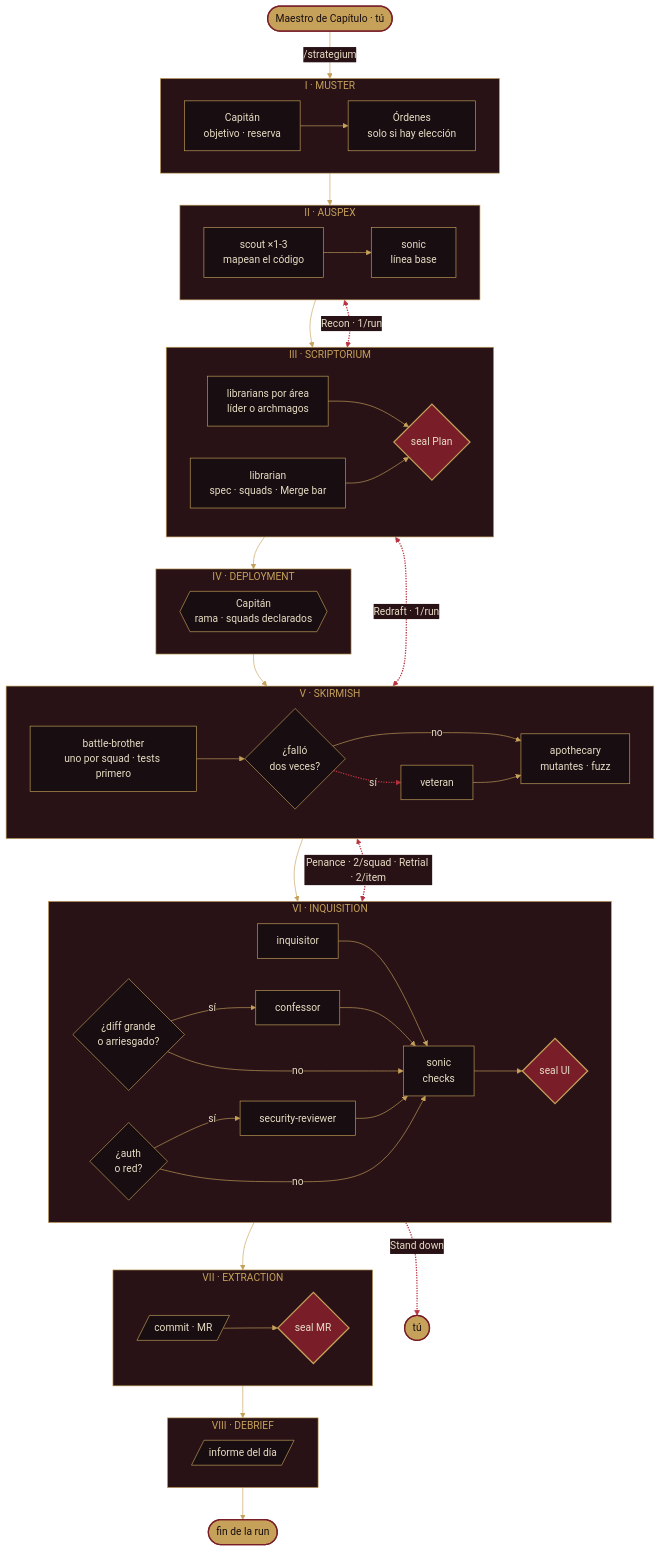
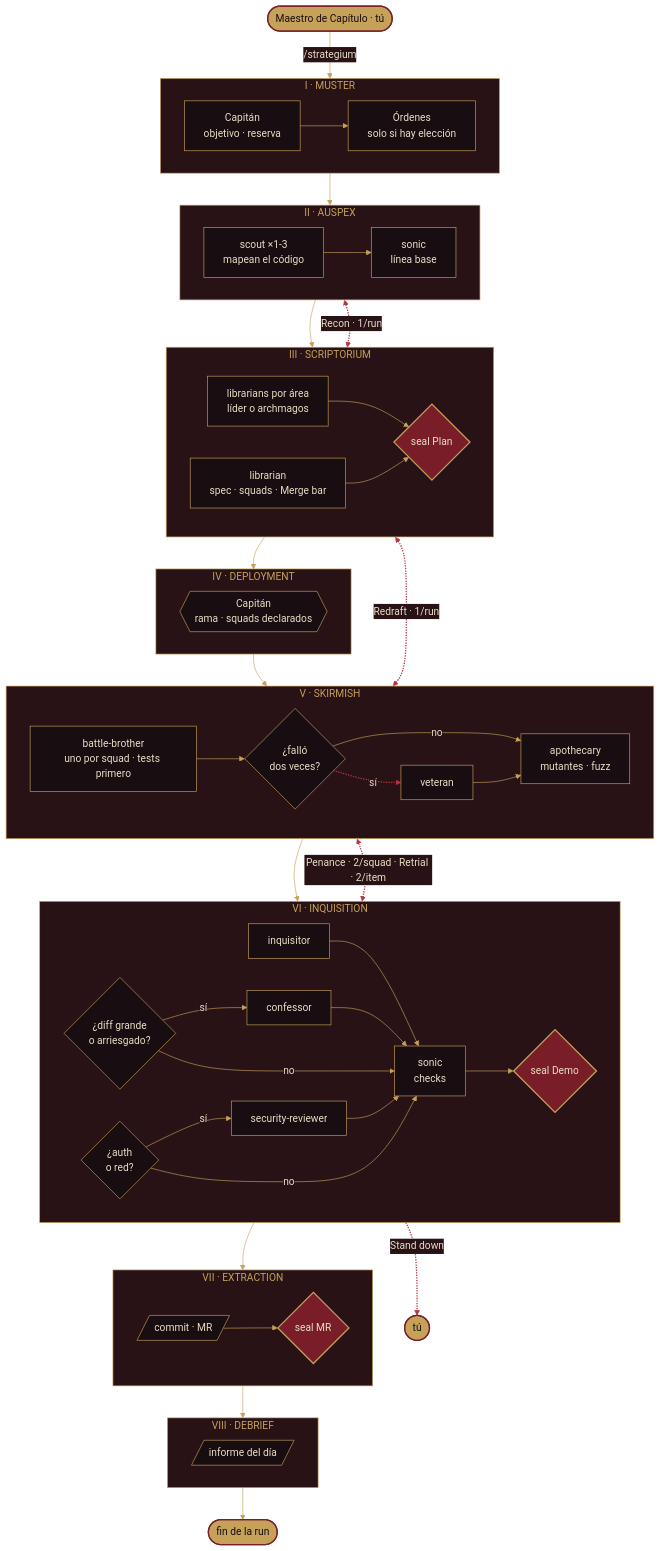
One commit to frandev94/strategium changed the diagram in README.es.md. Above: the diagram before and after it, drawn with Mermaid. The commit also changed other lines of this file and 4 other files, not shown here.

First line of the commit message:
feat(skills): seal Demo replaces seal UI, and a Contract section at seal Plan

````diff
--- a/README.es.md
+++ b/README.es.md
@@ -46,66 +46,66 @@
 ```mermaid
 %%{init: {"theme": "base", "themeVariables": {"lineColor": "#C5A15A", "edgeLabelBackground": "#281216", "textColor": "#E8DDC5", "fontFamily": "Georgia, serif"}}}%%
 flowchart TB
   U(["Maestro de Capítulo · tú"]) -->|"/strategium"| muster
 
   subgraph muster["I · MUSTER"]
     direction LR
     M["Capitán<br/>objetivo · reserva"] --> S0["Órdenes<br/>solo si hay elección"]
   end
   subgraph auspex["II · AUSPEX"]
     direction LR
     A1["scout ×1-3<br/>mapean el código"] --> A2["sonic<br/>línea base"]
   end
   subgraph scriptorium["III · SCRIPTORIUM"]
     direction LR
     L2["librarians por área<br/>líder o archmagos"] --> SP{"seal Plan"}
     L1["librarian<br/>spec · squads · Merge bar"] --> SP
   end
   subgraph deployment["IV · DEPLOYMENT"]
     direction LR
     D{{"Capitán<br/>rama · squads declarados"}}
   end
   subgraph skirmish["V · SKIRMISH"]
     direction LR
     B1["battle-brother<br/>uno por squad · tests primero"] --> BF{"¿falló<br/>dos veces?"}
     BF -->|"no"| B3["apothecary<br/>mutantes · fuzz"]
     BF -.->|"sí"| B2["veteran"] --> B3
   end
   subgraph inquisition["VI · INQUISITION"]
     direction LR
     Q1["inquisitor"] --> Q4["sonic<br/>checks"]
     QF{"¿diff grande<br/>o arriesgado?"} -->|"sí"| Q2["confessor"] --> Q4
     QF -->|"no"| Q4
     QS{"¿auth<br/>o red?"} -->|"sí"| Q3["security-reviewer"] --> Q4
     QS -->|"no"| Q4
-    Q4 --> SU{"seal UI"}
+    Q4 --> SU{"seal Demo"}
   end
   subgraph extraction["VII · EXTRACTION"]
     direction LR
     X[/"commit · MR"/] --> SM{"seal MR"}
   end
   subgraph debrief["VIII · DEBRIEF"]
     direction LR
     F[/"informe del día"/]
   end
 
   muster --> auspex --> scriptorium --> deployment --> skirmish --> inquisition --> extraction --> debrief --> E(["fin de la run"])
 
   auspex <-.->|"Recon · 1/run"| scriptorium
   scriptorium <-.->|"Redraft · 1/run"| skirmish
   skirmish <-.->|"Penance · 2/squad · Retrial · 2/item"| inquisition
   inquisition -.->|"Stand down"| Y(["tú"])
 
   classDef agent fill:#180D10,stroke:#C5A15A,color:#E8DDC5
   classDef seal fill:#791E29,stroke:#C5A15A,stroke-width:2px,color:#E8DDC5
   classDef you fill:#C5A15A,stroke:#791E29,stroke-width:2px,color:#180D10
   classDef station fill:#281216,stroke:#C5A15A,color:#C5A15A
   class M,S0,A1,A2,L1,L2,D,B1,B2,B3,Q1,Q2,Q3,Q4,X,F agent
   class SP,SU,SM seal
   class BF,QF,QS agent
   class U,E,Y you
   class muster,auspex,scriptorium,deployment,skirmish,inquisition,extraction,debrief station
   linkStyle 0 stroke:#C5A15A,color:#E8DDC5
   linkStyle 6,10,12,13,15 color:#E8DDC5
   linkStyle 7,26,27,28,29 stroke:#B8323F,stroke-width:2px,color:#E8DDC5
 ```
````
